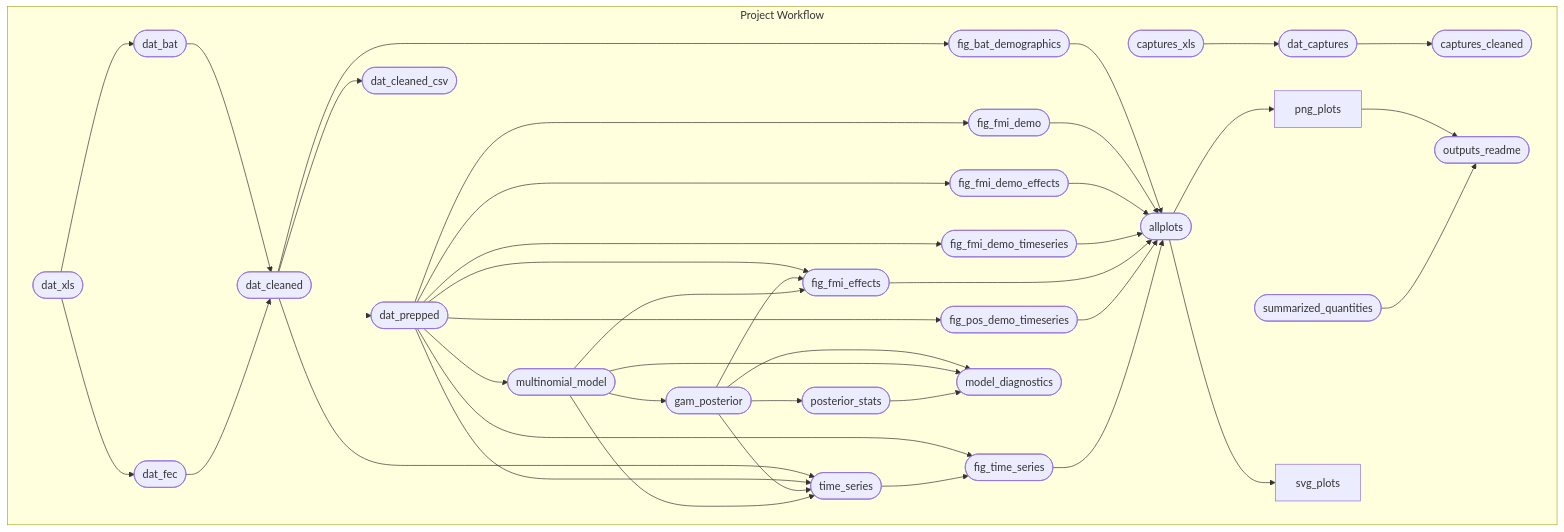
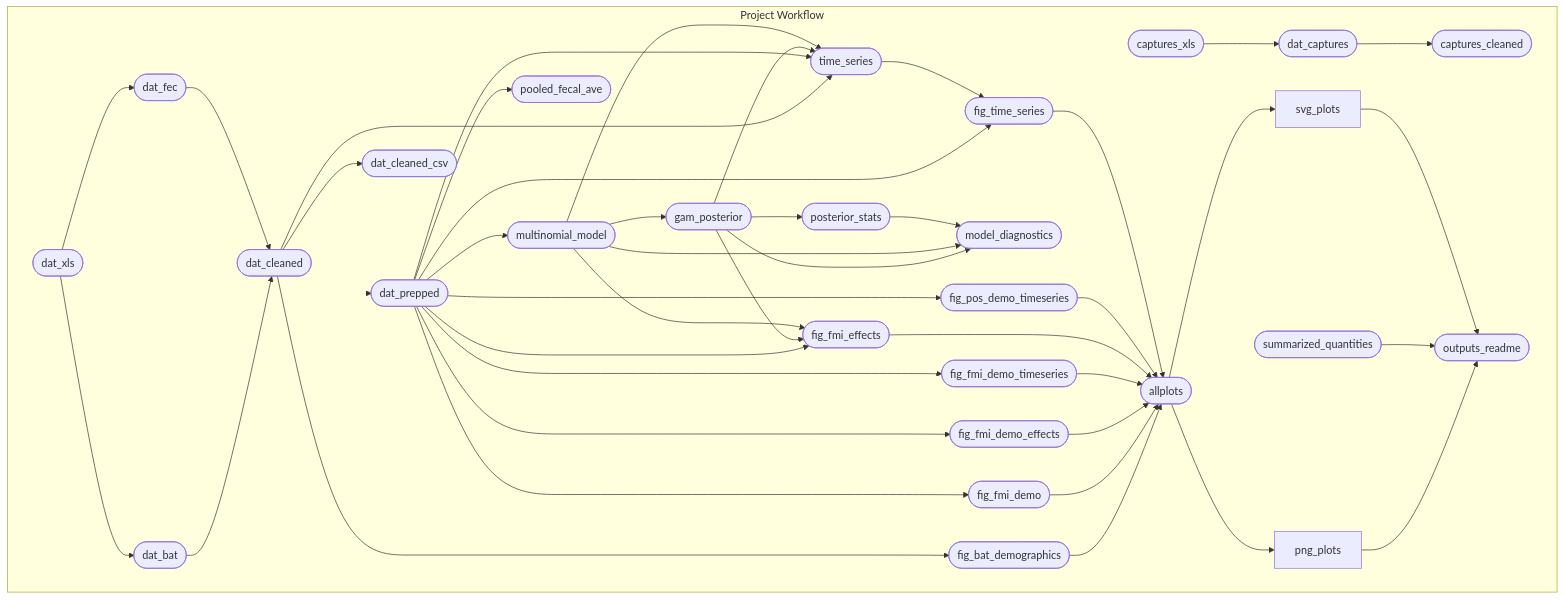
The diagram in README.md (ecohealthalliance/sabrenet-rousettus-dynamics), drawn with Mermaid before and after one commit. The commit also changed 19 other files, not shown here.

````diff
--- a/README.md
+++ b/README.md
@@ -42,46 +42,48 @@
 ``` mermaid
 graph LR
 subgraph Project Workflow
     direction LR
     xba784c3a136c631a(["dat_cleaned"]):::queued --> x4a5cfaffa1d0e789(["dat_prepped"]):::queued
     x4a5cfaffa1d0e789(["dat_prepped"]):::queued --> x023bc1d70802c4e1(["multinomial_model"]):::queued
     xe05634441492d438(["dat_captures"]):::queued --> x370906d20a0ac4c5(["captures_cleaned"]):::queued
     xb354ea9be719f8bb(["captures_xls"]):::skipped --> xe05634441492d438(["dat_captures"]):::queued
     xc2117931d245afce(["dat_xls"]):::skipped --> x733041ef94e8d4a9(["dat_fec"]):::queued
     x6cf5d6dc2e05a667(["dat_bat"]):::queued --> xba784c3a136c631a(["dat_cleaned"]):::queued
     x733041ef94e8d4a9(["dat_fec"]):::queued --> xba784c3a136c631a(["dat_cleaned"]):::queued
     x89c8b8fe66c39f8c(["gam_posterior"]):::queued --> x48dd96190e644d8f(["posterior_stats"]):::queued
     x4a5cfaffa1d0e789(["dat_prepped"]):::queued --> x80ade130098abb0f(["fig_fmi_demo_timeseries"]):::queued
+    x89c8b8fe66c39f8c(["gam_posterior"]):::queued --> x1e7dc8900c0252af(["model_diagnostics"]):::queued
+    x023bc1d70802c4e1(["multinomial_model"]):::queued --> x1e7dc8900c0252af(["model_diagnostics"]):::queued
+    x48dd96190e644d8f(["posterior_stats"]):::queued --> x1e7dc8900c0252af(["model_diagnostics"]):::queued
     x7a7f43da56388c67(["fig_bat_demographics"]):::queued --> x798304d337dd8ea1(["allplots"]):::queued
     x23873f9d63594e23(["fig_fmi_demo"]):::queued --> x798304d337dd8ea1(["allplots"]):::queued
     x4ee8fa2dac97ae88(["fig_fmi_demo_effects"]):::queued --> x798304d337dd8ea1(["allplots"]):::queued
     x80ade130098abb0f(["fig_fmi_demo_timeseries"]):::queued --> x798304d337dd8ea1(["allplots"]):::queued
     x37da1c8de8c2ccbe(["fig_fmi_effects"]):::queued --> x798304d337dd8ea1(["allplots"]):::queued
     x50a3b768b5746682(["fig_pos_demo_timeseries"]):::queued --> x798304d337dd8ea1(["allplots"]):::queued
     xe3a4a17736576ba6(["fig_time_series"]):::queued --> x798304d337dd8ea1(["allplots"]):::queued
     x4a5cfaffa1d0e789(["dat_prepped"]):::queued --> x4ee8fa2dac97ae88(["fig_fmi_demo_effects"]):::queued
     x4a5cfaffa1d0e789(["dat_prepped"]):::queued --> x23873f9d63594e23(["fig_fmi_demo"]):::queued
-    x89c8b8fe66c39f8c(["gam_posterior"]):::queued --> x1e7dc8900c0252af(["model_diagnostics"]):::queued
-    x023bc1d70802c4e1(["multinomial_model"]):::queued --> x1e7dc8900c0252af(["model_diagnostics"]):::queued
-    x48dd96190e644d8f(["posterior_stats"]):::queued --> x1e7dc8900c0252af(["model_diagnostics"]):::queued
     xc2117931d245afce(["dat_xls"]):::skipped --> x6cf5d6dc2e05a667(["dat_bat"]):::queued
     xba784c3a136c631a(["dat_cleaned"]):::queued --> xdb44d218f76593df(["dat_cleaned_csv"]):::queued
     x0b04ba823e0b5eec["png_plots"]:::queued --> xbda0fd67e19f73bc(["outputs_readme"]):::queued
     x07b56d1fbca21cf3(["summarized_quantities"]):::skipped --> xbda0fd67e19f73bc(["outputs_readme"]):::queued
+    xbbcceea2cdf8d3f7["svg_plots"]:::queued --> xbda0fd67e19f73bc(["outputs_readme"]):::queued
     x4a5cfaffa1d0e789(["dat_prepped"]):::queued --> xe3a4a17736576ba6(["fig_time_series"]):::queued
     xf22c729b71100575(["time_series"]):::queued --> xe3a4a17736576ba6(["fig_time_series"]):::queued
     x023bc1d70802c4e1(["multinomial_model"]):::queued --> x89c8b8fe66c39f8c(["gam_posterior"]):::queued
+    x4a5cfaffa1d0e789(["dat_prepped"]):::queued --> x159c02a07e752e54(["pooled_fecal_ave"]):::queued
     x4a5cfaffa1d0e789(["dat_prepped"]):::queued --> x37da1c8de8c2ccbe(["fig_fmi_effects"]):::queued
     x89c8b8fe66c39f8c(["gam_posterior"]):::queued --> x37da1c8de8c2ccbe(["fig_fmi_effects"]):::queued
     x023bc1d70802c4e1(["multinomial_model"]):::queued --> x37da1c8de8c2ccbe(["fig_fmi_effects"]):::queued
     x4a5cfaffa1d0e789(["dat_prepped"]):::queued --> x50a3b768b5746682(["fig_pos_demo_timeseries"]):::queued
     x798304d337dd8ea1(["allplots"]):::queued --> x0b04ba823e0b5eec["png_plots"]:::queued
     xba784c3a136c631a(["dat_cleaned"]):::queued --> xf22c729b71100575(["time_series"]):::queued
     x4a5cfaffa1d0e789(["dat_prepped"]):::queued --> xf22c729b71100575(["time_series"]):::queued
     x89c8b8fe66c39f8c(["gam_posterior"]):::queued --> xf22c729b71100575(["time_series"]):::queued
     x023bc1d70802c4e1(["multinomial_model"]):::queued --> xf22c729b71100575(["time_series"]):::queued
     x798304d337dd8ea1(["allplots"]):::queued --> xbbcceea2cdf8d3f7["svg_plots"]:::queued
     xba784c3a136c631a(["dat_cleaned"]):::queued --> x7a7f43da56388c67(["fig_bat_demographics"]):::queued
   end
 linkStyle 0 stroke-width:0px;
 ```
````
